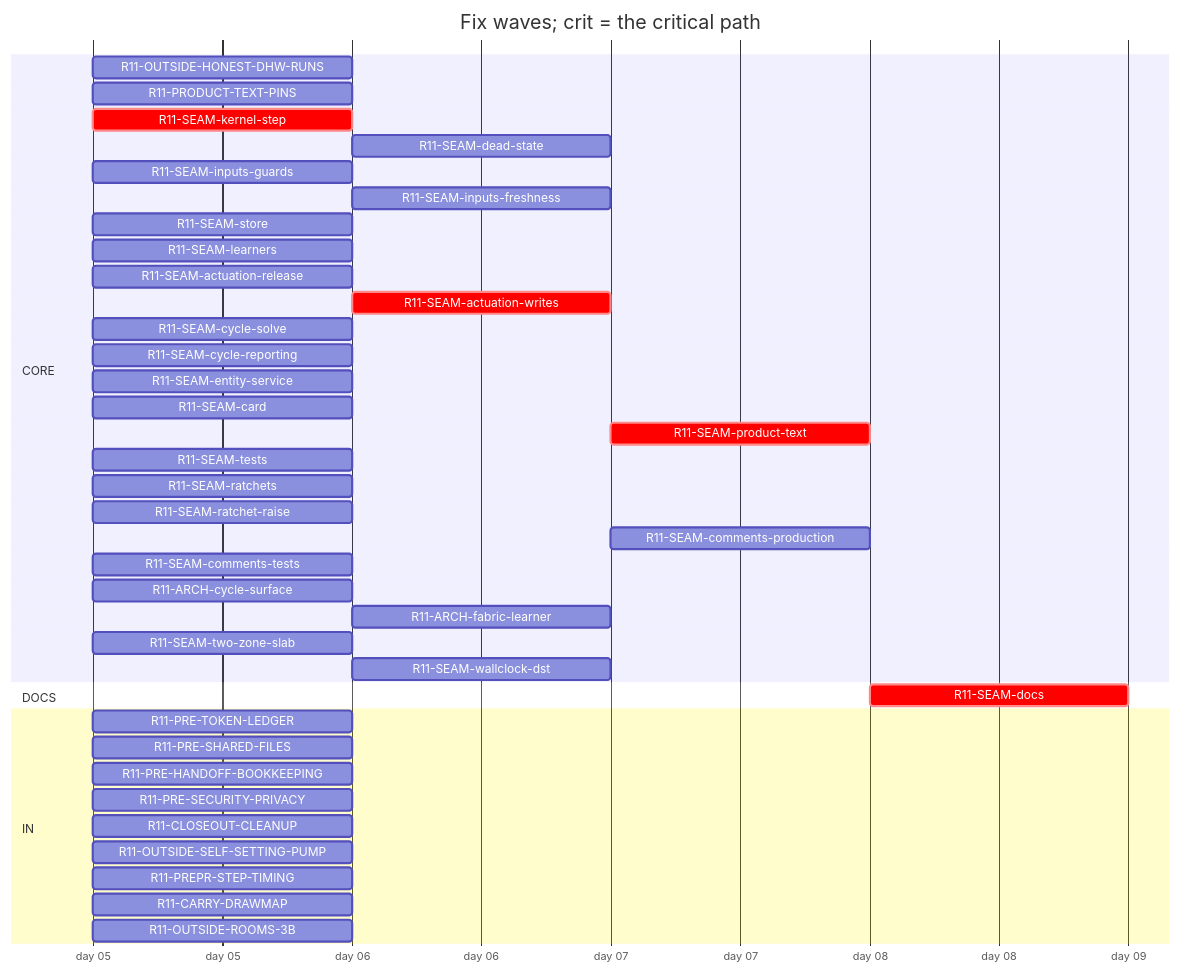
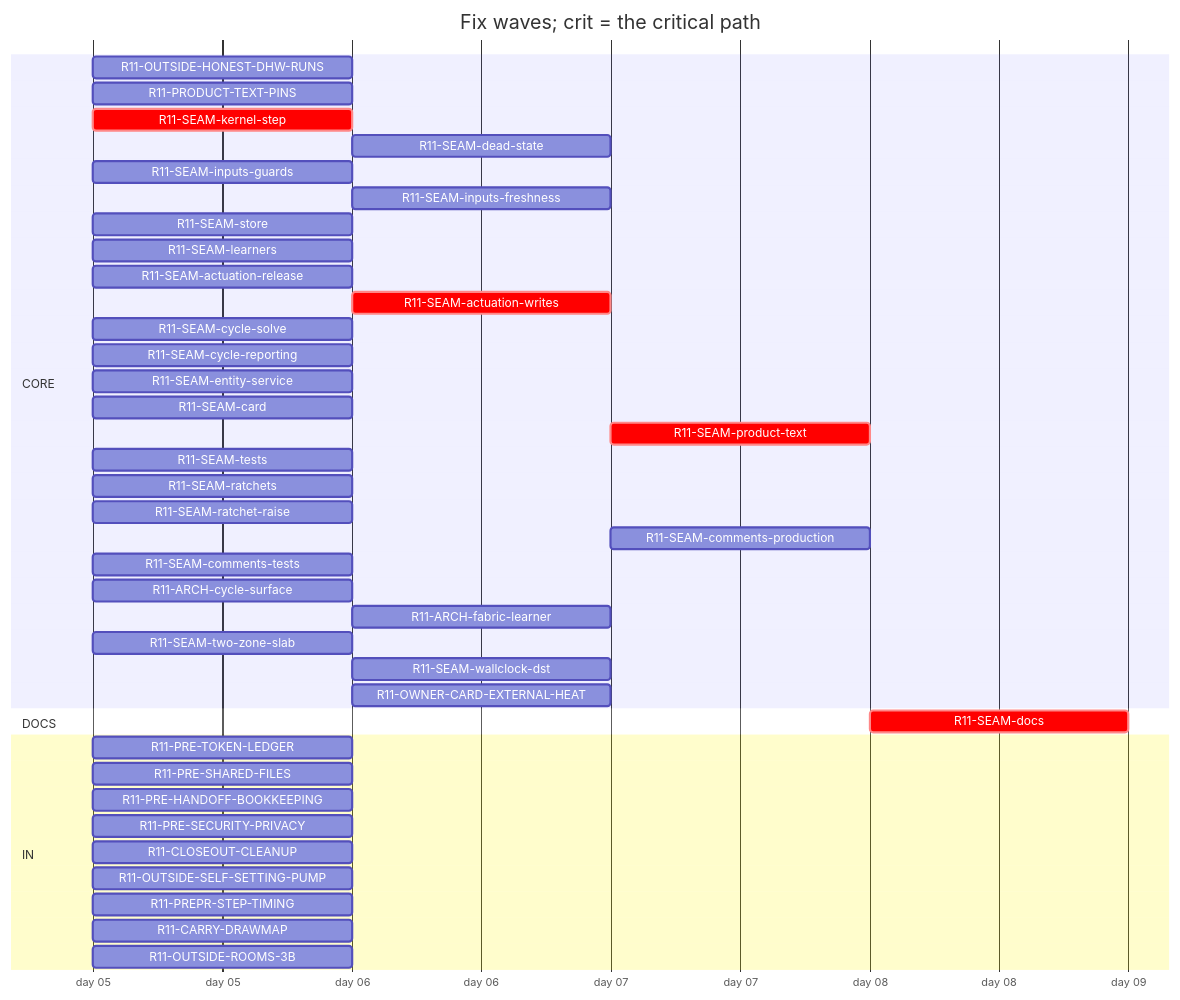
The diagram in handoff/round11/state/PLAN-TABLE.md (tvofi/heatpump_optimizer), drawn with Mermaid before and after one commit. The commit also changed other lines of this file and 4 other files, not shown here.

Commit message:
state: FLOW-BOARD.md, NEXT-SESSION-PROMPT.md, PLAN-TABLE.md, PLAN.html, RESUME-CURRENT.md regenerated (state_docs.py)

````diff
--- a/handoff/round11/state/PLAN-TABLE.md
+++ b/handoff/round11/state/PLAN-TABLE.md
@@ -16,43 +16,44 @@
 ```mermaid
 gantt
   title Fix waves; crit = the critical path
   dateFormat YYYY-MM-DD
   axisFormat day %d
   section CORE
     R11-OUTSIDE-HONEST-DHW-RUNS :r11OUTSIDEHONESTDHWRUNS, 2026-01-05, 1d
     R11-PRODUCT-TEXT-PINS :r11PRODUCTTEXTPINS, 2026-01-05, 1d
     R11-SEAM-kernel-step :crit, r11SEAMkernelstep, 2026-01-05, 1d
     R11-SEAM-dead-state :r11SEAMdeadstate, after r11SEAMstore, 1d
     R11-SEAM-inputs-guards :r11SEAMinputsguards, 2026-01-05, 1d
     R11-SEAM-inputs-freshness :r11SEAMinputsfreshness, after r11SEAMkernelstep, 1d
     R11-SEAM-store :r11SEAMstore, 2026-01-05, 1d
     R11-SEAM-learners :r11SEAMlearners, 2026-01-05, 1d
     R11-SEAM-actuation-release :r11SEAMactuationrelease, 2026-01-05, 1d
     R11-SEAM-actuation-writes :crit, r11SEAMactuationwrites, after r11SEAMkernelstep r11SEAMactuationrelease, 1d
     R11-SEAM-cycle-solve :r11SEAMcyclesolve, 2026-01-05, 1d
     R11-SEAM-cycle-reporting :r11SEAMcyclereporting, 2026-01-05, 1d
     R11-SEAM-entity-service :r11SEAMentityservice, 2026-01-05, 1d
     R11-SEAM-card :r11SEAMcard, 2026-01-05, 1d
     R11-SEAM-product-text :crit, r11SEAMproducttext, after r11SEAMactuationrelease r11SEAMactuationwrites r11SEAMentityservice r11SEAMinputsguards r11SEAMinputsfreshness r11SEAMcyclesolve r11SEAMcyclereporting, 1d
     R11-SEAM-tests :r11SEAMtests, 2026-01-05, 1d
     R11-SEAM-ratchets :r11SEAMratchets, 2026-01-05, 1d
     R11-SEAM-ratchet-raise :r11SEAMratchetraise, 2026-01-05, 1d
     R11-SEAM-comments-production :r11SEAMcommentsproduction, after r11SEAMactuationrelease r11SEAMactuationwrites r11SEAMentityservice r11SEAMinputsguards r11SEAMinputsfreshness r11SEAMcyclesolve r11SEAMcyclereporting, 1d
     R11-SEAM-comments-tests :r11SEAMcommentstests, 2026-01-05, 1d
     R11-ARCH-cycle-surface :r11ARCHcyclesurface, 2026-01-05, 1d
     R11-ARCH-fabric-learner :r11ARCHfabriclearner, after r11SEAMlearners, 1d
     R11-SEAM-two-zone-slab :r11SEAMtwozoneslab, 2026-01-05, 1d
     R11-SEAM-wallclock-dst :r11SEAMwallclockdst, after r11SEAMkernelstep, 1d
+    R11-OWNER-CARD-EXTERNAL-HEAT :r11OWNERCARDEXTERNALHEAT, after r11SEAMcard, 1d
   section DOCS
     R11-SEAM-docs :crit, r11SEAMdocs, after r11SEAMlearners r11SEAMactuationrelease r11SEAMactuationwrites r11SEAMentityservice r11SEAMinputsguards r11SEAMinputsfreshness r11SEAMcyclesolve r11SEAMcyclereporting r11SEAMcard r11SEAMproducttext, 1d
   section IN
     R11-PRE-TOKEN-LEDGER :r11PRETOKENLEDGER, 2026-01-05, 1d
     R11-PRE-SHARED-FILES :r11PRESHAREDFILES, 2026-01-05, 1d
     R11-PRE-HANDOFF-BOOKKEEPING :r11PREHANDOFFBOOKKEEPING, 2026-01-05, 1d
     R11-PRE-SECURITY-PRIVACY :r11PRESECURITYPRIVACY, 2026-01-05, 1d
     R11-CLOSEOUT-CLEANUP :r11CLOSEOUTCLEANUP, 2026-01-05, 1d
     R11-OUTSIDE-SELF-SETTING-PUMP :r11OUTSIDESELFSETTINGPUMP, 2026-01-05, 1d
     R11-PREPR-STEP-TIMING :r11PREPRSTEPTIMING, 2026-01-05, 1d
     R11-CARRY-DRAWMAP :r11CARRYDRAWMAP, 2026-01-05, 1d
     R11-OUTSIDE-ROOMS-3B :r11OUTSIDEROOMS3B, 2026-01-05, 1d
 ```
````
